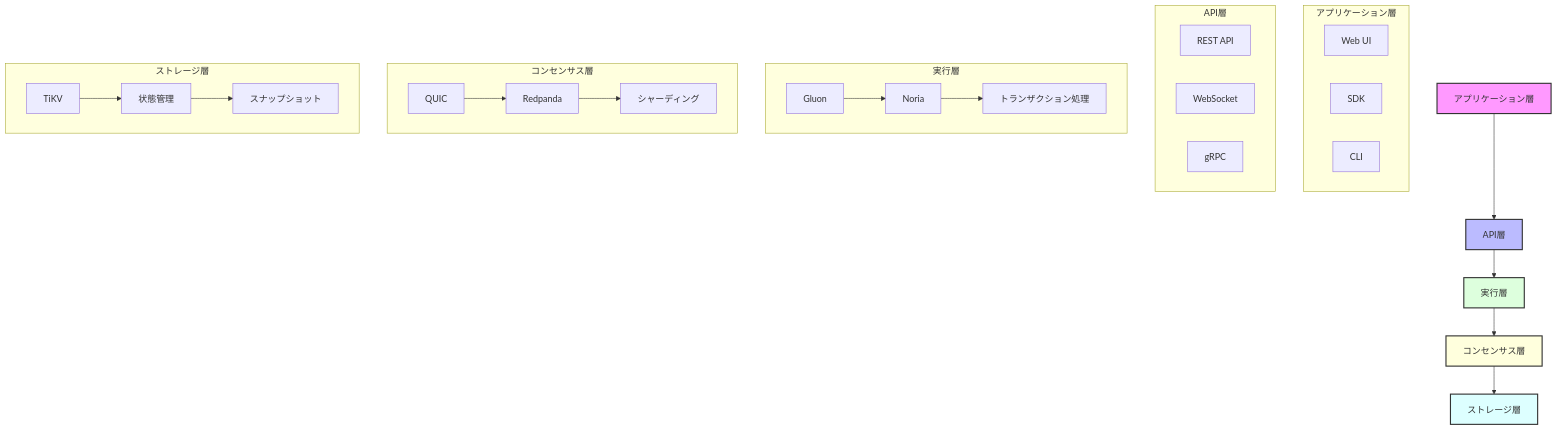
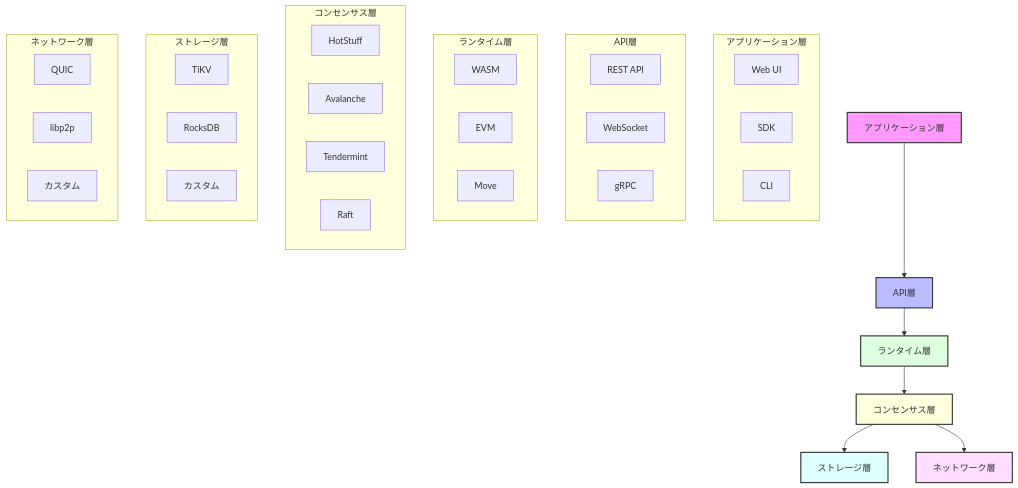
One commit to enablerdao/rustorium changed the diagram in README.md. Above: the diagram before and after it, drawn with Mermaid. The commit also changed other lines of this file and 6 other files, not shown here.

````diff
--- a/README.md
+++ b/README.md
@@ -47,36 +64,39 @@
 ```mermaid
 graph TD
     A[アプリケーション層] --> B[API層]
-    B --> C[実行層]
+    B --> C[ランタイム層]
     C --> D[コンセンサス層]
     D --> E[ストレージ層]
+    D --> F[ネットワーク層]
 
     subgraph "アプリケーション層"
         A1[Web UI] & A2[SDK] & A3[CLI]
     end
 
     subgraph "API層"
         B1[REST API] & B2[WebSocket] & B3[gRPC]
     end
 
-    subgraph "実行層"
-        C1[Gluon] --> C2[Noria]
-        C2 --> C3[トランザクション処理]
+    subgraph "ランタイム層"
+        C1[WASM] & C2[EVM] & C3[Move]
     end
 
     subgraph "コンセンサス層"
-        D1[QUIC] --> D2[Redpanda]
-        D2 --> D3[シャーディング]
+        D1[HotStuff] & D2[Avalanche] & D3[Tendermint] & D4[Raft]
     end
 
     subgraph "ストレージ層"
-        E1[TiKV] --> E2[状態管理]
-        E2 --> E3[スナップショット]
+        E1[TiKV] & E2[RocksDB] & E3[カスタム]
+    end
+
+    subgraph "ネットワーク層"
+        F1[QUIC] & F2[libp2p] & F3[カスタム]
     end
 
     style A fill:#f9f,stroke:#333,stroke-width:2px
     style B fill:#bbf,stroke:#333,stroke-width:2px
     style C fill:#dfd,stroke:#333,stroke-width:2px
     style D fill:#ffd,stroke:#333,stroke-width:2px
     style E fill:#dff,stroke:#333,stroke-width:2px
+    style F fill:#fdf,stroke:#333,stroke-width:2px
 ```
````
